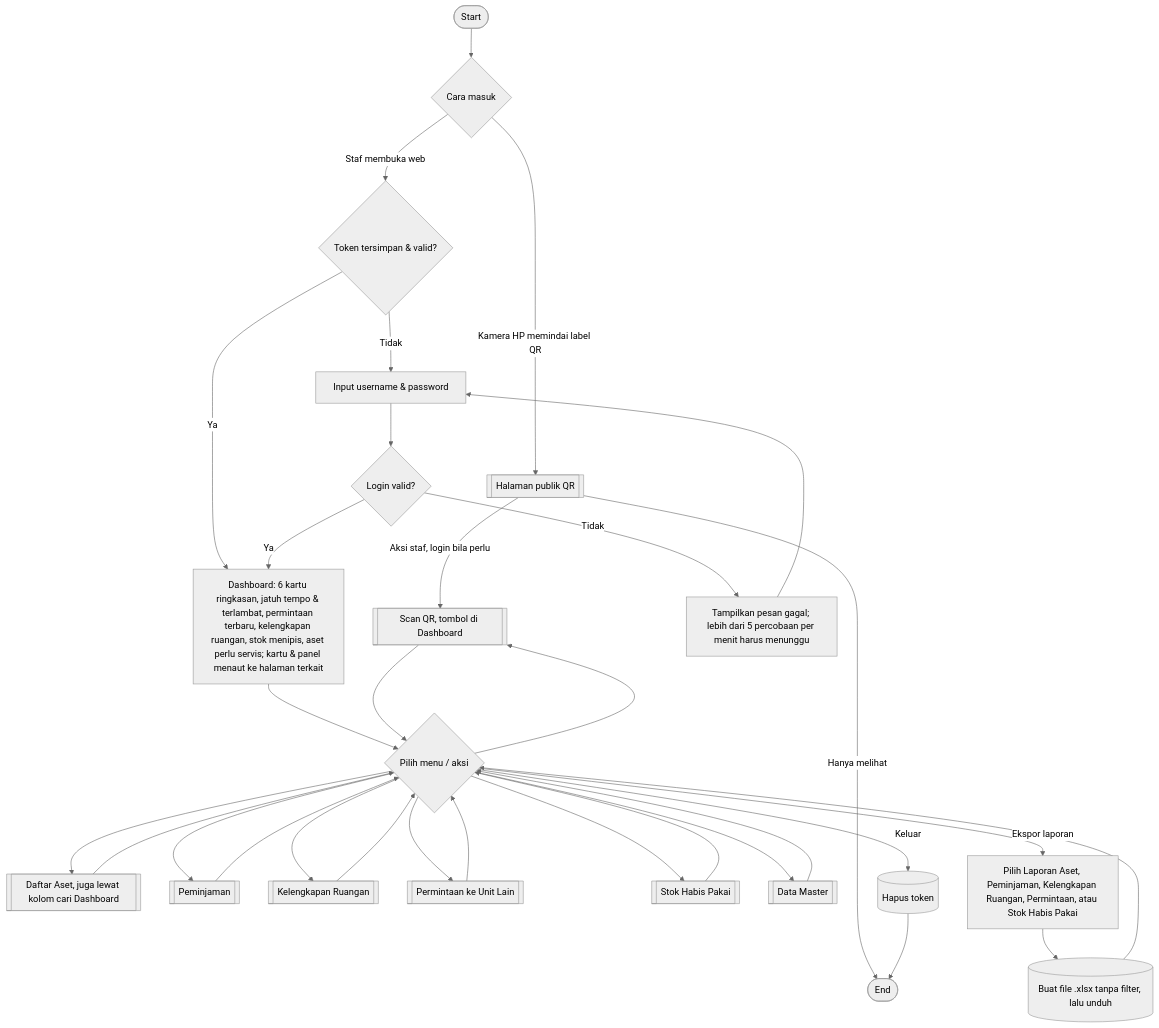
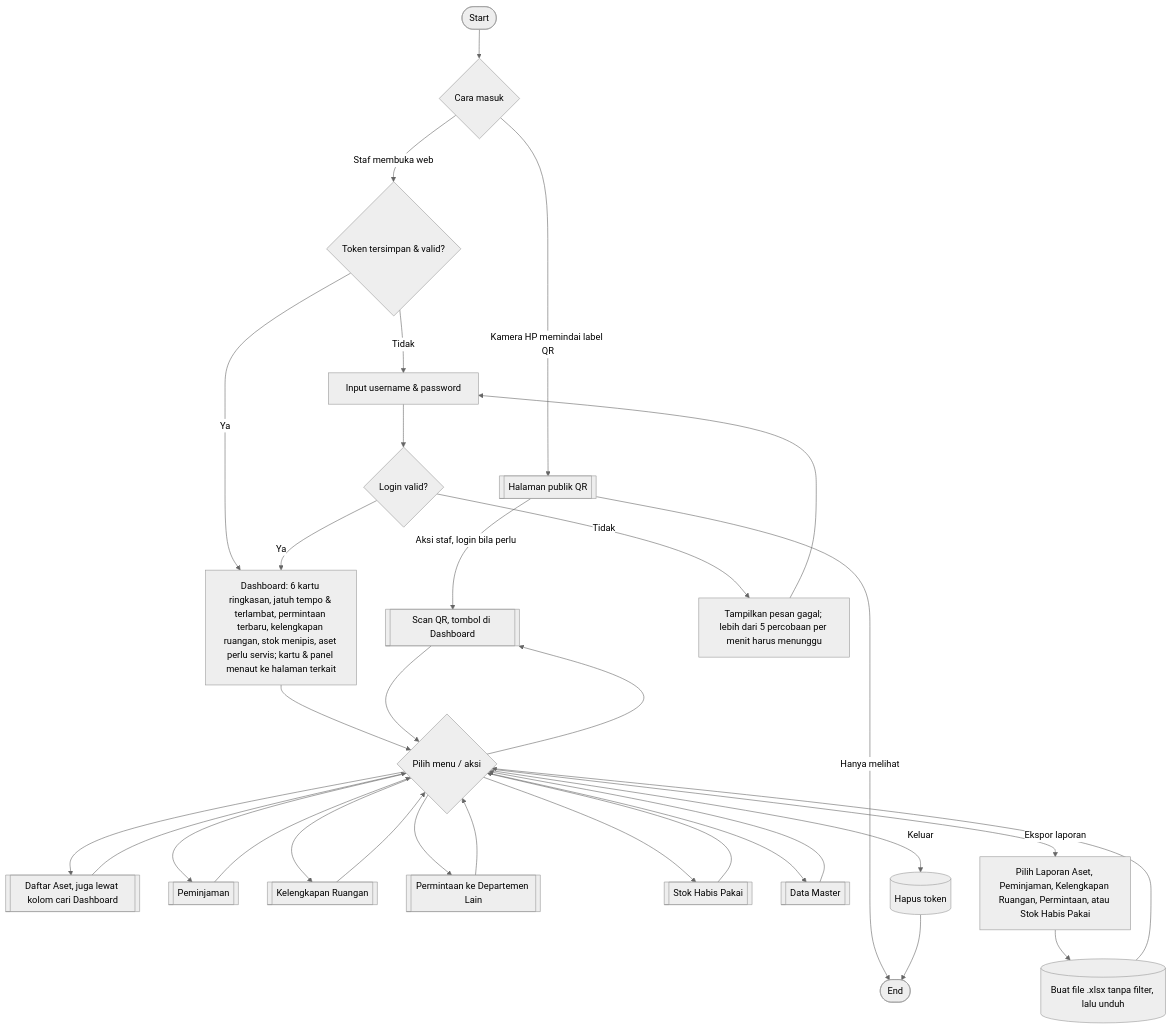
Before and after one commit to mrizqihidayat/system-tracking-asset: the first of 9 diagrams in docs/flowchart.md, drawn with Mermaid (neutral theme). The commit also changed other lines of this file and 41 other files, not shown here.

First line of the commit message:
T26q: istilah Departemen menggantikan unit organisasi

````diff
--- a/docs/flowchart.md
+++ b/docs/flowchart.md
@@ -13,24 +13,24 @@
 ```mermaid
 flowchart TD
     A([Start]) --> B{Cara masuk}
     B -- Kamera HP memindai label QR --> Q[[Halaman publik QR]]
     Q -- Hanya melihat --> Z1
     Q -- Aksi staf, login bila perlu --> M1
     B -- Staf membuka web --> C{Token tersimpan & valid?}
     C -- Ya --> E
     C -- Tidak --> D[Input username & password]
     D --> D1{Login valid?}
     D1 -- Tidak --> D2[Tampilkan pesan gagal; lebih dari 5 percobaan per menit harus menunggu] --> D
     D1 -- Ya --> E[Dashboard: 6 kartu ringkasan, jatuh tempo & terlambat, permintaan terbaru, kelengkapan ruangan, stok menipis, aset perlu servis; kartu & panel menaut ke halaman terkait]
     E --> F{Pilih menu / aksi}
     F --> M1[[Scan QR, tombol di Dashboard]]
     F --> M2[[Daftar Aset, juga lewat kolom cari Dashboard]]
     F --> M3[[Peminjaman]]
     F --> M4[[Kelengkapan Ruangan]]
-    F --> M5[[Permintaan ke Unit Lain]]
+    F --> M5[[Permintaan ke Departemen Lain]]
     F --> M6[[Stok Habis Pakai]]
     F --> M7[[Data Master]]
     F -- Ekspor laporan --> X1[Pilih Laporan Aset, Peminjaman, Kelengkapan Ruangan, Permintaan, atau Stok Habis Pakai] --> X2[(Buat file .xlsx tanpa filter, lalu unduh)] --> F
     M1 & M2 & M3 & M4 & M5 & M6 & M7 --> F
     F -- Keluar --> Z[(Hapus token)] --> Z1([End])
 ```
````
